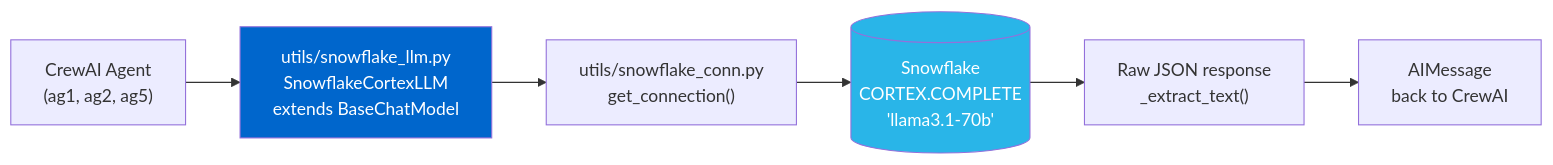
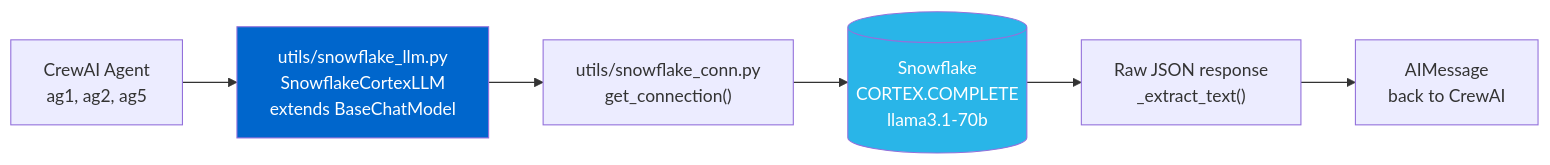
Before and after one commit to theshubh007/IncidentDNA: the fifth of 6 diagrams in ARCHITECTURE.md, drawn with Mermaid. The commit also changed other lines of this file, not shown here.

Commit message:
fix: replace \n and em-dashes in Mermaid diagrams for universal rendering

````diff
--- a/ARCHITECTURE.md
+++ b/ARCHITECTURE.md
@@ -264,15 +268,15 @@
 ```mermaid
 flowchart LR
-    A["CrewAI Agent\n(ag1, ag2, ag5)"] --> B
+    A["CrewAI Agent<br/>ag1, ag2, ag5"] --> B
 
-    B["utils/snowflake_llm.py\nSnowflakeCortexLLM\nextends BaseChatModel"]
+    B["utils/snowflake_llm.py<br/>SnowflakeCortexLLM<br/>extends BaseChatModel"]
 
-    B --> C["utils/snowflake_conn.py\nget_connection()"]
-    C --> D[("Snowflake\nCORTEX.COMPLETE\n'llama3.1-70b'")]
+    B --> C["utils/snowflake_conn.py<br/>get_connection()"]
+    C --> D[("Snowflake<br/>CORTEX.COMPLETE<br/>llama3.1-70b")]
 
-    D --> E["Raw JSON response\n_extract_text()"]
-    E --> F["AIMessage\nback to CrewAI"]
+    D --> E["Raw JSON response<br/>_extract_text()"]
+    E --> F["AIMessage<br/>back to CrewAI"]
 
     style B fill:#0066cc,color:#fff
     style D fill:#29B5E8,color:#fff
 ```
````
